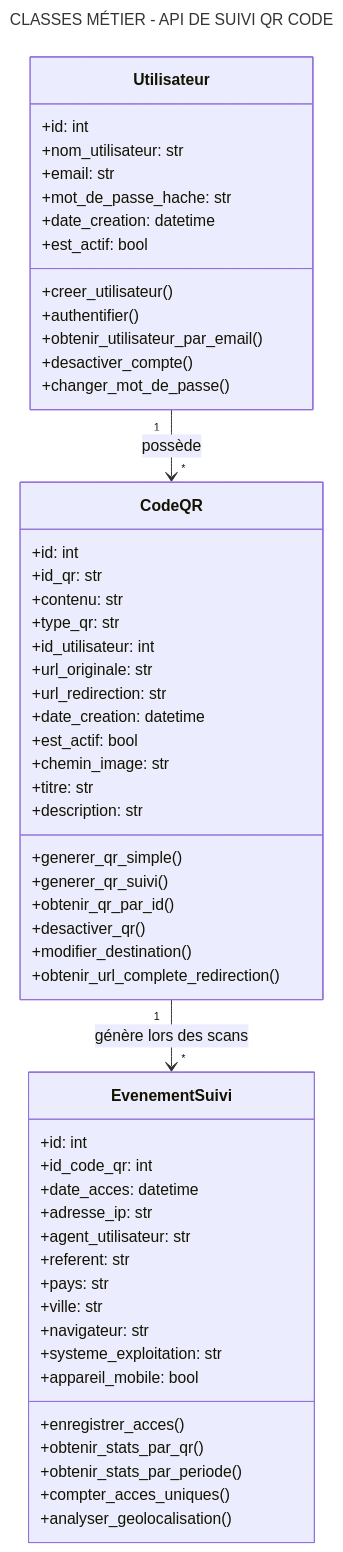
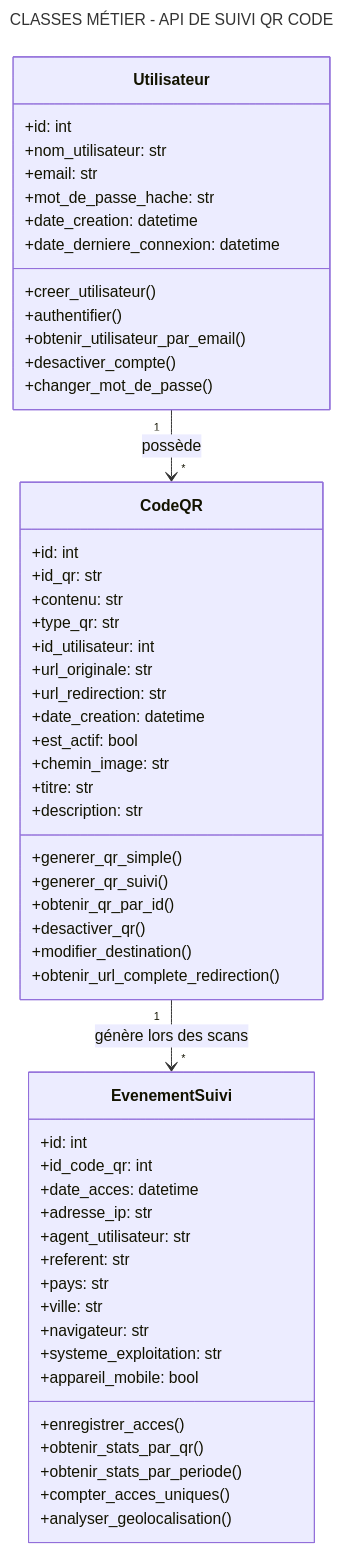
One commit to Hermann19022002/TEST-GIT-1 changed the diagram in Diagramme des classes métier principales.md. Above: the diagram before and after it, drawn with Mermaid.

Commit message:
Update Diagramme des classes métier principales.md

````diff
--- a/Diagramme des classes métier principales.md
+++ b/Diagramme des classes métier principales.md
@@ -3,65 +3,65 @@
 ```mermaid
 ---
 title: CLASSES MÉTIER - API DE SUIVI QR CODE
 ---
 classDiagram
     class Utilisateur {
         +id: int
         +nom_utilisateur: str
         +email: str
         +mot_de_passe_hache: str
         +date_creation: datetime
-        +est_actif: bool
+        +date_derniere_connexion: datetime
         +creer_utilisateur()
         +authentifier()
         +obtenir_utilisateur_par_email()
         +desactiver_compte()
         +changer_mot_de_passe()
     }
 
     class CodeQR {
         +id: int
         +id_qr: str
         +contenu: str
         +type_qr: str
         +id_utilisateur: int
         +url_originale: str
         +url_redirection: str
         +date_creation: datetime
         +est_actif: bool
         +chemin_image: str
         +titre: str
         +description: str
         +generer_qr_simple()
         +generer_qr_suivi()
         +obtenir_qr_par_id()
         +desactiver_qr()
         +modifier_destination()
         +obtenir_url_complete_redirection()
     }
 
     class EvenementSuivi {
         +id: int
         +id_code_qr: int
         +date_acces: datetime
         +adresse_ip: str
         +agent_utilisateur: str
         +referent: str
         +pays: str
         +ville: str
         +navigateur: str
         +systeme_exploitation: str
         +appareil_mobile: bool
         +enregistrer_acces()
         +obtenir_stats_par_qr()
         +obtenir_stats_par_periode()
         +compter_acces_uniques()
         +analyser_geolocalisation()
     }
 
     %% Relations principales
     Utilisateur "1" --> "*" CodeQR : possède
     CodeQR "1" --> "*" EvenementSuivi : génère lors des scans
     
    
 ```
````
